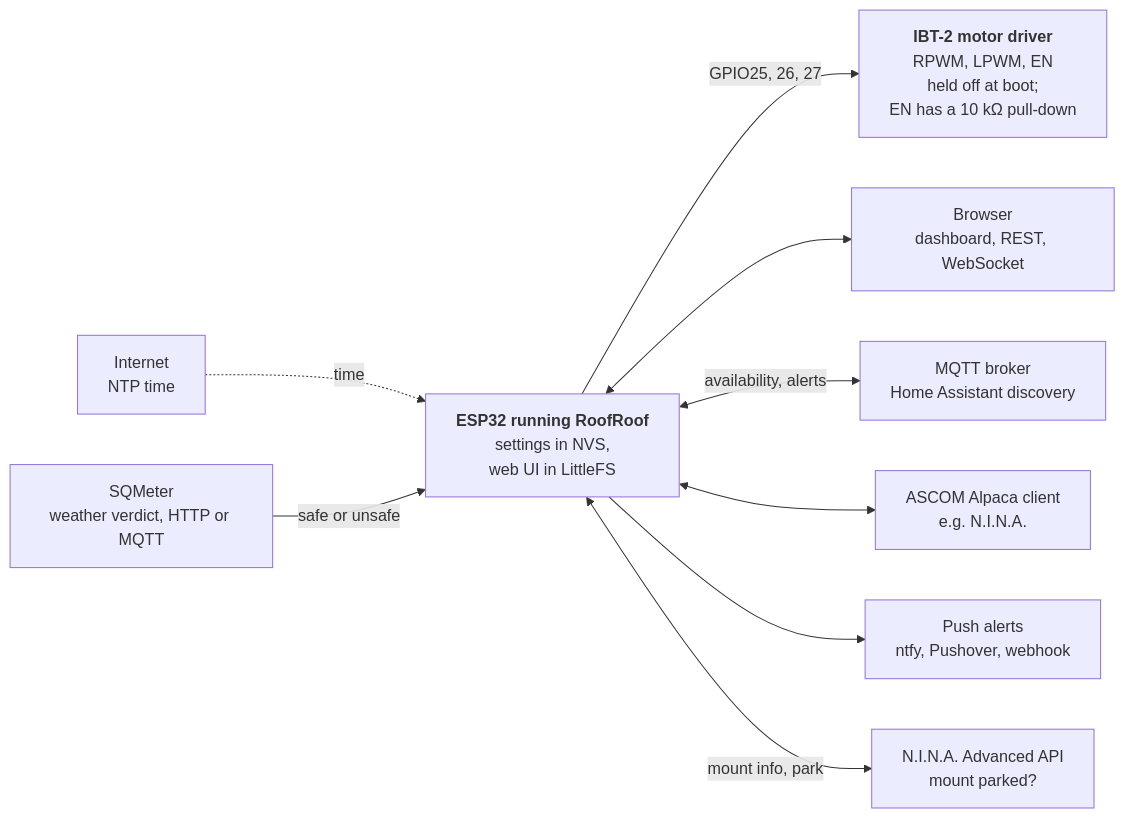
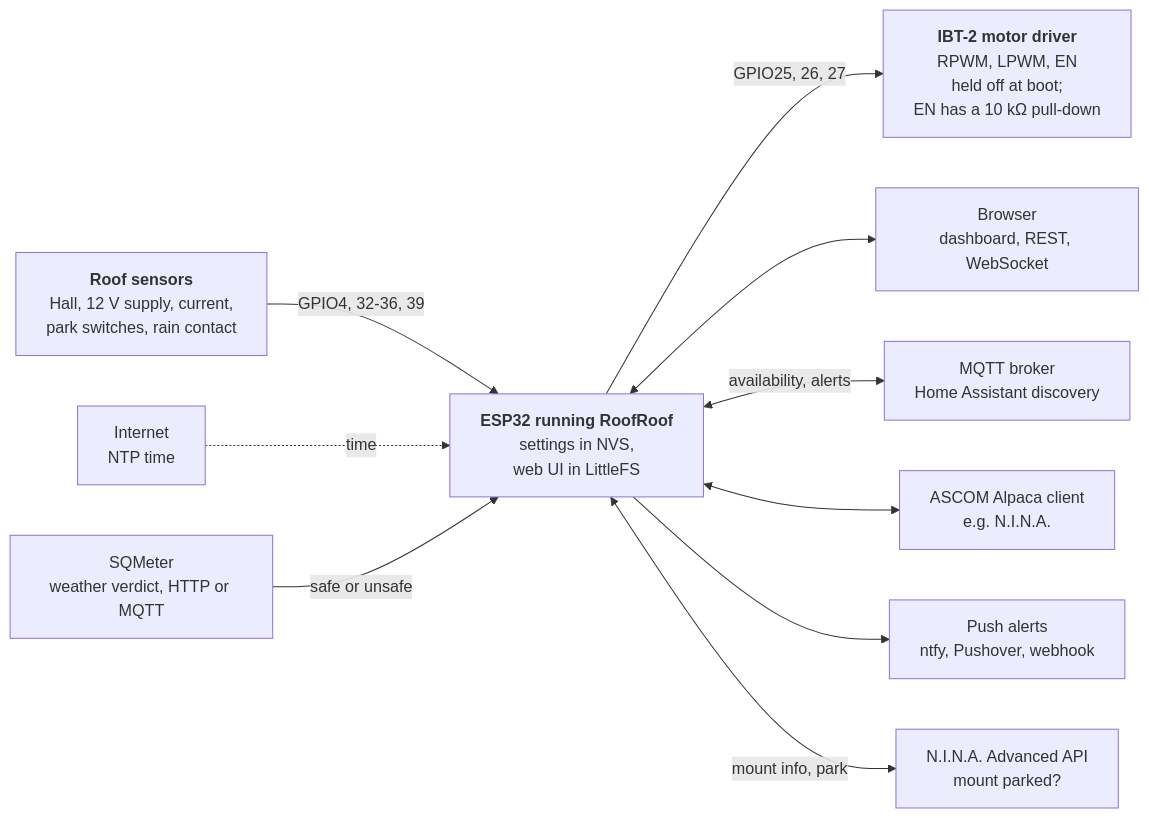
One commit to DeanJ87/RoofRoof changed the diagram in docs/index.md. Above: the diagram before and after it, drawn with Mermaid. The commit also changed other lines of this file and 16 other files, not shown here.

Commit message:
003: wiring page, new calibration page, roof-motion on the board, configuration and heritage; diagrams DIA-01, DIA-07, DIA-11, DIA-15 checked and re-confirmed; spec aligned with the safety hand-over limit

````diff
--- a/docs/index.md
+++ b/docs/index.md
@@ -29,22 +29,24 @@
 ```mermaid
 flowchart LR
     accTitle: What RoofRoof connects to
-    accDescr: The ESP32 holds the motor driver's pins low from boot, keeps its settings and web UI on the device, serves a dashboard and APIs to browsers, publishes to an MQTT broker, answers ASCOM Alpaca clients such as N.I.N.A., and sends alerts to push services. It reads the weather verdict from SQMeter and the mount's park state from N.I.N.A.'s Advanced API. It gets time from the internet by NTP.
+    accDescr: The ESP32 holds the motor driver's pins low from boot and drives it on a person's command, reads the roof's Hall, supply, current, park and rain inputs, keeps its settings and web UI on the device, serves a dashboard and APIs to browsers, publishes to an MQTT broker, answers ASCOM Alpaca clients such as N.I.N.A., and sends alerts to push services. It reads the weather verdict from SQMeter and the mount's park state from N.I.N.A.'s Advanced API. It gets time from the internet by NTP.
     DRIVER["<b>IBT-2 motor driver</b><br/>RPWM, LPWM, EN<br/>held off at boot;<br/>EN has a 10 kΩ pull-down"]
+    SENSE["<b>Roof sensors</b><br/>Hall, 12 V supply, current,<br/>park switches, rain contact"]
     ESP["<b>ESP32 running RoofRoof</b><br/>settings in NVS,<br/>web UI in LittleFS"]
     WEB["Browser<br/>dashboard, REST, WebSocket"]
     MQTT["MQTT broker<br/>Home Assistant discovery"]
     ALPACA["ASCOM Alpaca client<br/>e.g. N.I.N.A."]
     PUSH["Push alerts<br/>ntfy, Pushover, webhook"]
     NET["Internet<br/>NTP time"]
     SQM["SQMeter<br/>weather verdict, HTTP or MQTT"]
     NAPI["N.I.N.A. Advanced API<br/>mount parked?"]
     ESP -->|"GPIO25, 26, 27"| DRIVER
+    SENSE -->|"GPIO4, 32-36, 39"| ESP
     NET -.->|time| ESP
     ESP <--> WEB
     ESP <-->|availability, alerts| MQTT
     ESP <--> ALPACA
     ESP --> PUSH
     SQM -->|safe or unsafe| ESP
     ESP <-->|mount info, park| NAPI
 ```
````
